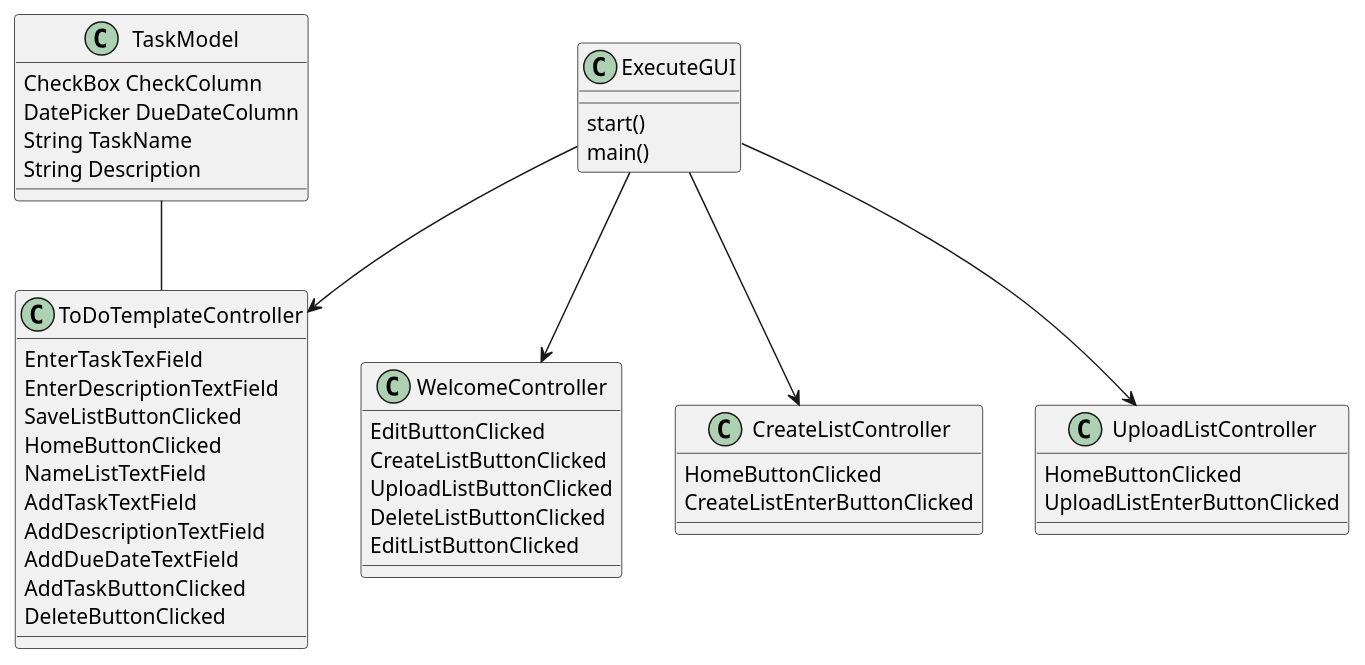
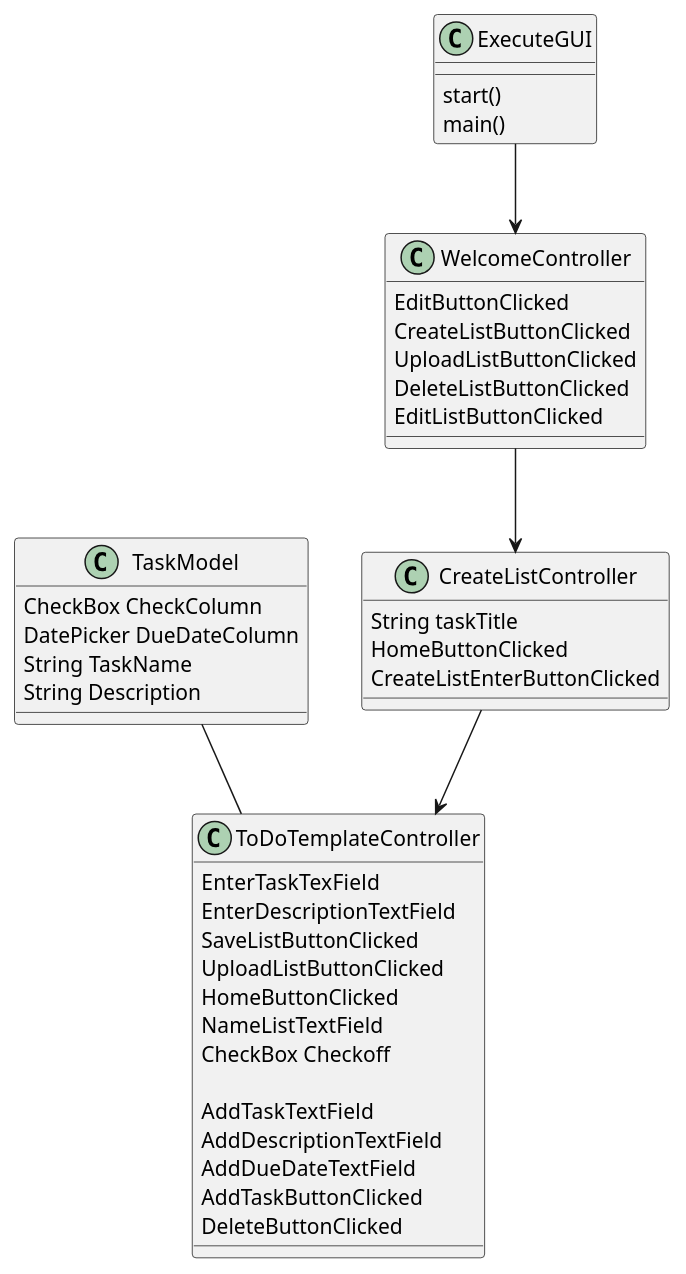
One commit to korinneramcharitar/Ramcharitar-cop3330-assignment4part2 changed the diagram in UML/ToDoList.puml. Above: the diagram before and after it, drawn with PlantUML.

```diff
--- a/UML/ToDoList.puml
+++ b/UML/ToDoList.puml
@@ -1,58 +1,58 @@
 @startuml
 Class ToDoTemplateController{
+
 EnterTaskTexField
 EnterDescriptionTextField
 SaveListButtonClicked
+UploadListButtonClicked
 HomeButtonClicked
 NameListTextField
+CheckBox Checkoff
+
 AddTaskTextField
 AddDescriptionTextField
 AddDueDateTextField
 AddTaskButtonClicked
 DeleteButtonClicked
 }
 
 Class TaskModel{
 CheckBox CheckColumn
 DatePicker DueDateColumn
 String TaskName
 String Description
 }
 
 Class WelcomeController{
+
 EditButtonClicked
 CreateListButtonClicked
 UploadListButtonClicked
 DeleteListButtonClicked
 EditListButtonClicked
 }
 
 Class CreateListController{
+String taskTitle
 HomeButtonClicked
 CreateListEnterButtonClicked
 }
 
 
-
-
-Class UploadListController{
-HomeButtonClicked
-UploadListEnterButtonClicked
-}
 Class ExecuteGUI{
 start()
 main()
 }
-ExecuteGUI-->UploadListController
-ExecuteGUI-->CreateListController
-ExecuteGUI-->ToDoTemplateController
+
+WelcomeController-->CreateListController
+CreateListController-->ToDoTemplateController
 ExecuteGUI-->WelcomeController
 
 TaskModel--ToDoTemplateController
 
 
 
 
 
 
 @enduml
```
